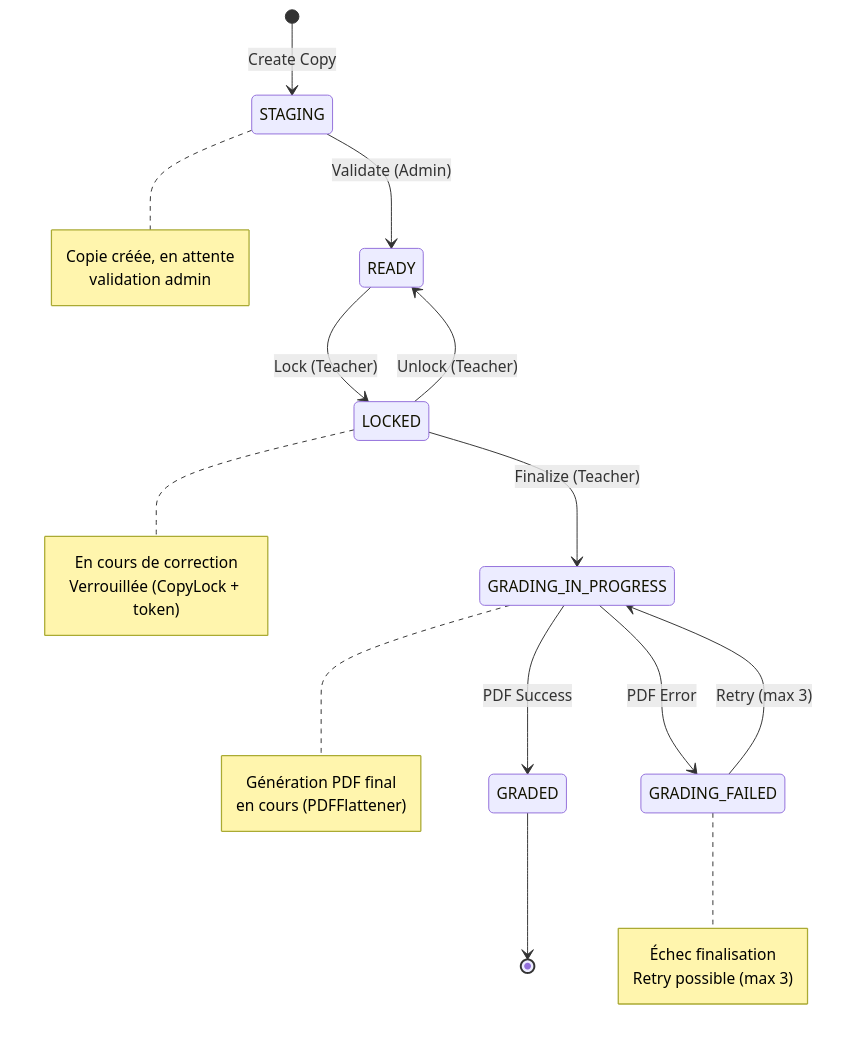
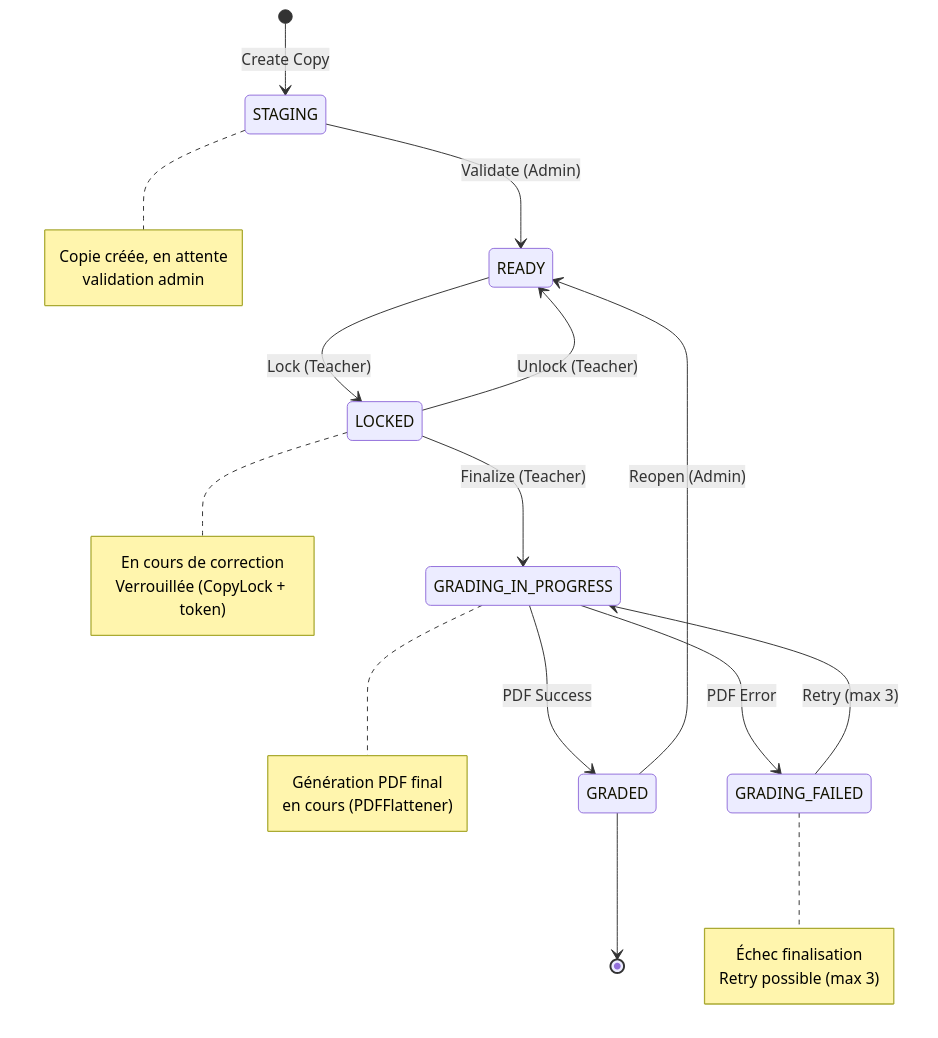
Before and after one commit to cyranoaladin/Korrigo: the third of 3 diagrams in docs/technical/DATABASE_SCHEMA.md, drawn with Mermaid. The commit also changed other lines of this file and 83 other files, not shown here.

````diff
--- a/docs/technical/DATABASE_SCHEMA.md
+++ b/docs/technical/DATABASE_SCHEMA.md
@@ -563,32 +566,33 @@
 ```mermaid
 stateDiagram-v2
     [*] --> STAGING: Create Copy
     STAGING --> READY: Validate (Admin)
     READY --> LOCKED: Lock (Teacher)
     LOCKED --> READY: Unlock (Teacher)
     LOCKED --> GRADING_IN_PROGRESS: Finalize (Teacher)
     GRADING_IN_PROGRESS --> GRADED: PDF Success
     GRADING_IN_PROGRESS --> GRADING_FAILED: PDF Error
     GRADING_FAILED --> GRADING_IN_PROGRESS: Retry (max 3)
+    GRADED --> READY: Reopen (Admin)
     GRADED --> [*]
     
     note right of STAGING
         Copie créée, en attente
         validation admin
     end note
     
     note right of LOCKED
         En cours de correction
         Verrouillée (CopyLock + token)
     end note
     
     note right of GRADING_IN_PROGRESS
         Génération PDF final
         en cours (PDFFlattener)
     end note
     
     note right of GRADING_FAILED
         Échec finalisation
         Retry possible (max 3)
     end note
 ```
````
